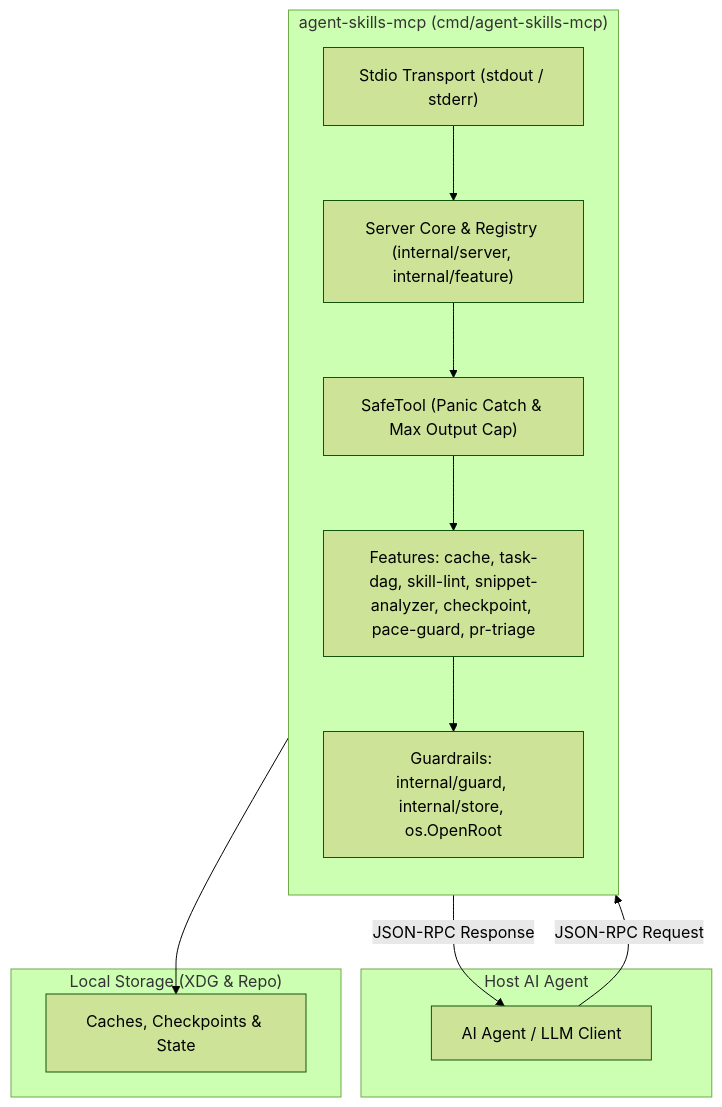
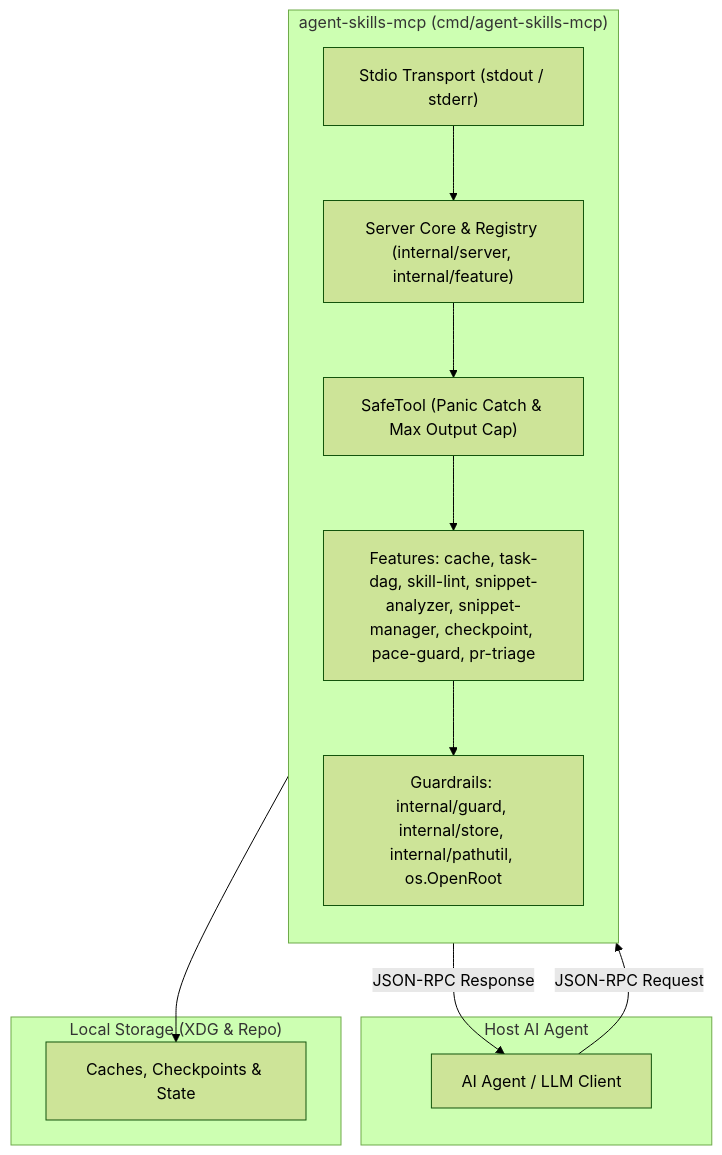
Before and after one commit to berquerant/agent-skills: the diagram in mcp/AGENTS.md, drawn with Mermaid (forest theme). The commit also changed other lines of this file and 69 other files, not shown here.

````diff
--- a/mcp/AGENTS.md
+++ b/mcp/AGENTS.md
@@ -22,25 +22,25 @@
 ```mermaid
 flowchart TD
     subgraph Host ["Host AI Agent"]
         Agent["AI Agent / LLM Client"]
     end
 
     subgraph Server ["agent-skills-mcp (cmd/agent-skills-mcp)"]
         direction TB
         Stdio["Stdio Transport (stdout / stderr)"]
         Core["Server Core & Registry (internal/server, internal/feature)"]
         Safe["SafeTool (Panic Catch & Max Output Cap)"]
-        Modules["Features: cache, task-dag, skill-lint, snippet-analyzer, checkpoint, pace-guard, pr-triage"]
-        Guard["Guardrails: internal/guard, internal/store, os.OpenRoot"]
+        Modules["Features: cache, task-dag, skill-lint, snippet-analyzer, snippet-manager, checkpoint, pace-guard, pr-triage"]
+        Guard["Guardrails: internal/guard, internal/store, internal/pathutil, os.OpenRoot"]
 
         Stdio --> Core --> Safe --> Modules --> Guard
     end
 
     subgraph Storage ["Local Storage (XDG & Repo)"]
         FS["Caches, Checkpoints & State"]
     end
 
     Agent -->|JSON-RPC Request| Stdio
     Guard --> FS
     Stdio -->|JSON-RPC Response| Agent
 ```
````
